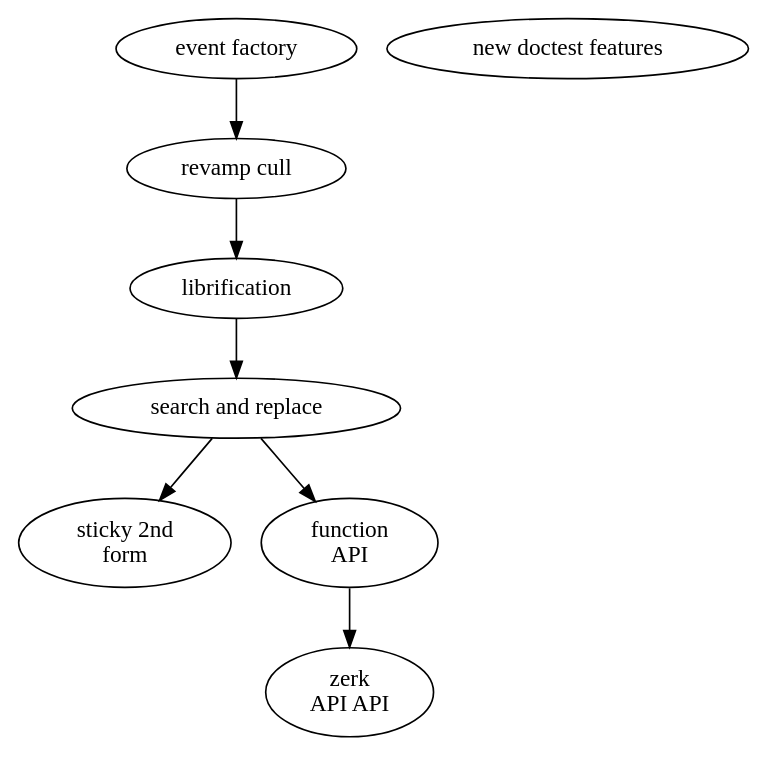
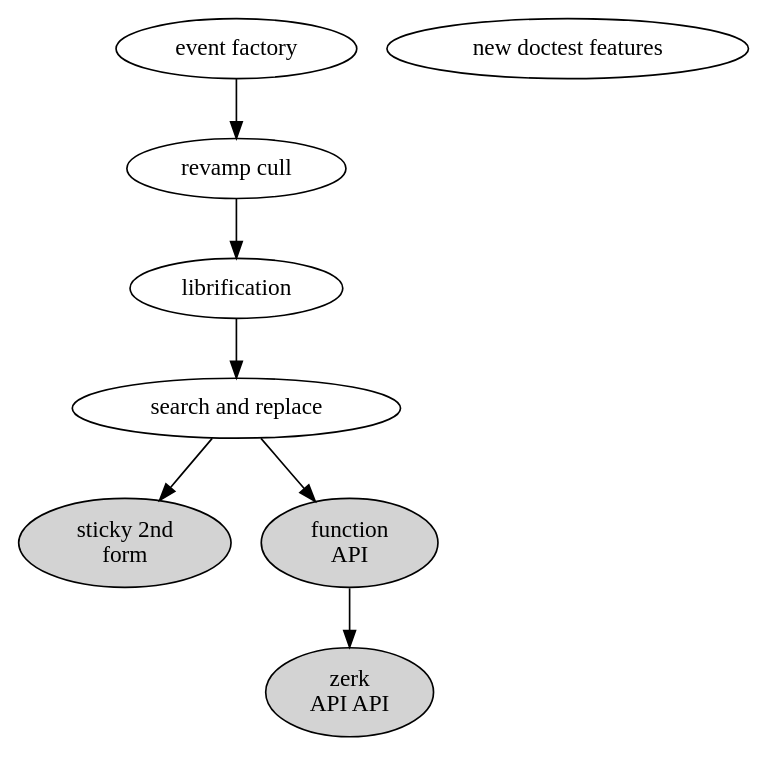
One commit to hipe/tmx changed the diagram in doc/the-big-picture-of-now-02.dot. Above: the diagram before and after it, drawn with Graphviz. The commit also changed 14 other files, not shown here.

```diff
--- a/doc/the-big-picture-of-now-02.dot
+++ b/doc/the-big-picture-of-now-02.dot
@@ -1,25 +1,25 @@
 digraph {
 
   lib [label="librification"]
 
   dct [label="new doctest features"]
 
   ev [label="event factory"]
 
   cu [label="revamp cull"]
 
   sr [label="search and replace"]
 
-  st [label="sticky 2nd\nform"]
+  st [label="sticky 2nd\nform" style=filled]
 
-  fu [label="function\nAPI"]
+  fu [label="function\nAPI" style=filled]
 
-  API [label="zerk\nAPI API"]
+  API [label="zerk\nAPI API" style=filled]
 
   cu->lib
   ev->cu
   lib->sr
   sr->st
   sr->fu
   fu->API
 }
```
